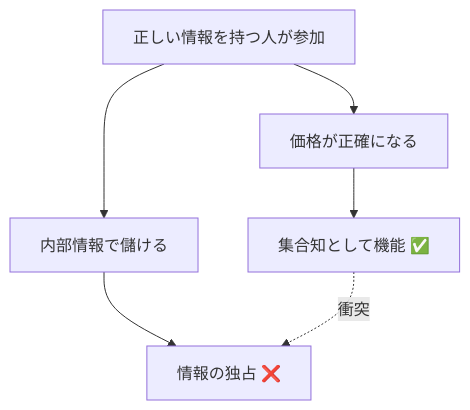
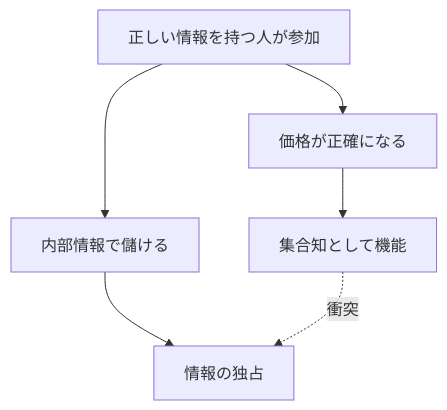
The diagram in books/prediction-markets-structure/structural-problems.md (br-to/zenn-content), drawn with Mermaid before and after one commit.

Commit message:
fix: mermaid図から絵文字を除去

````diff
--- a/books/prediction-markets-structure/structural-problems.md
+++ b/books/prediction-markets-structure/structural-problems.md
@@ -13,8 +13,8 @@
 ```mermaid
 graph TD
     A[正しい情報を持つ人が参加] --> B[価格が正確になる]
     A --> C[内部情報で儲ける]
-    B --> D[集合知として機能 ✅]
-    C --> E[情報の独占 ❌]
+    B --> D[集合知として機能]
+    C --> E[情報の独占]
     D -.->|衝突| E
 ```
````
